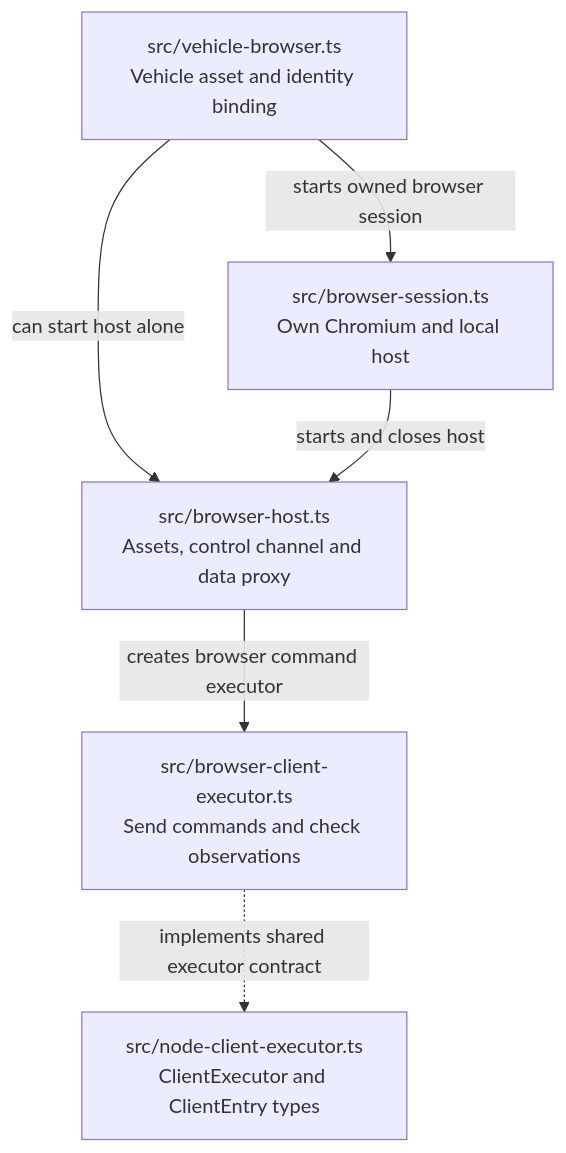
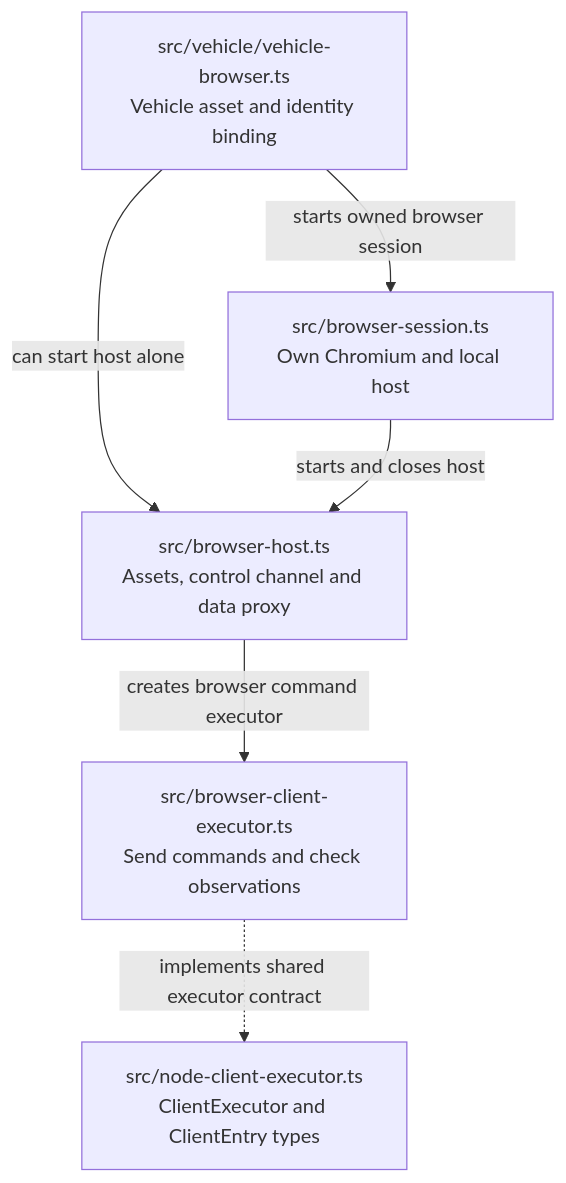
One commit to sproates/zooglass changed the fifth of 6 diagrams in incubator/workbench/docs/source-map.md. Above: the diagram before and after it, drawn with Mermaid. The commit also changed other lines of this file and 22 other files, not shown here.

````diff
--- a/incubator/workbench/docs/source-map.md
+++ b/incubator/workbench/docs/source-map.md
@@ -155,13 +160,13 @@
 ```mermaid
 flowchart TB
-  vehicle["src/vehicle-browser.ts<br/>Vehicle asset and identity binding"]
+  vehicle["src/vehicle/vehicle-browser.ts<br/>Vehicle asset and identity binding"]
   session["src/browser-session.ts<br/>Own Chromium and local host"]
   host["src/browser-host.ts<br/>Assets, control channel and data proxy"]
   executor["src/browser-client-executor.ts<br/>Send commands and check observations"]
   contract["src/node-client-executor.ts<br/>ClientExecutor and ClientEntry types"]
   vehicle -->|starts owned browser session| session
   vehicle -->|can start host alone| host
   session -->|starts and closes host| host
   host -->|creates browser command executor| executor
   executor -.->|implements shared executor contract| contract
 ```
````
